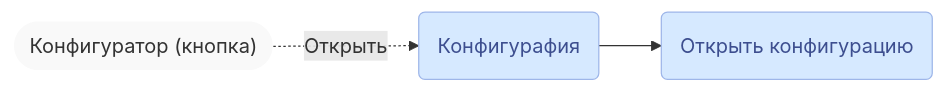
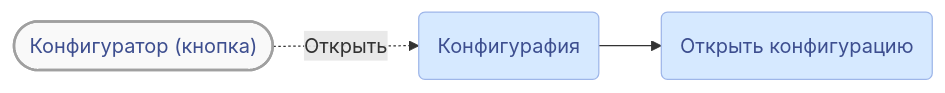
The second of 3 diagrams in faq/crash/main-white-window.md (lugovoe/manual), drawn with Mermaid before and after one commit. The commit also changed other lines of this file, not shown here.

````diff
--- a/faq/crash/main-white-window.md
+++ b/faq/crash/main-white-window.md
@@ -33,11 +33,9 @@
 ``` mermaid
 flowchart LR
-  b1(["Конфигуратор (кнопка)"]);
-  b1 -. Открыть .-> m1(Конфигурафия);
-  m1 --> m2(Открыть конфигурацию);
-  classDef default fill:none,stroke:none;
-  classDef button fill:#f9f9f9,stroke-width:2px;
-  classDef confmenu fill:#d6e9ff,stroke:#9eb6e9,color:#3d4e8f;
+  b1(["Конфигуратор (кнопка)"]) -. Открыть .-> m1;
+  m1(Конфигурафия) --> m2;
+  m2(Открыть конфигурацию);
+  classDef default fill:#d6e9ff,stroke:#9eb6e9,stroke-width:1px,color:#3d4e8f;
+  classDef button fill:#f9f9f9,stroke:#a0a0a0,stroke-width:2px:color:green;
   class b1 button;
-  class m1,m2 confmenu;
 ```
````
